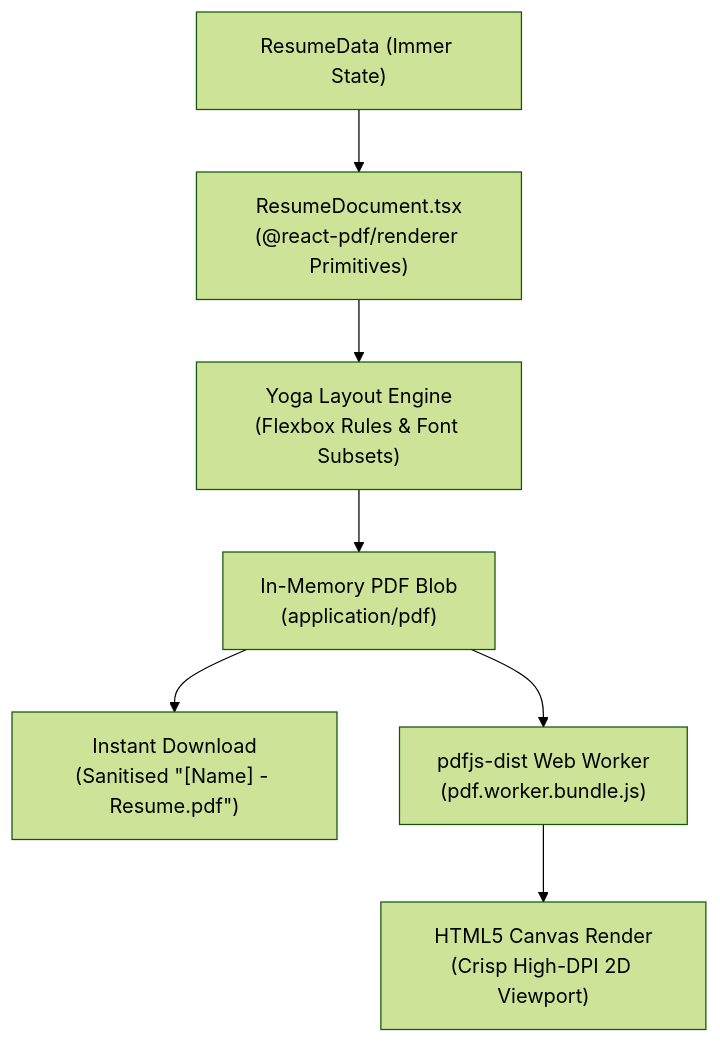
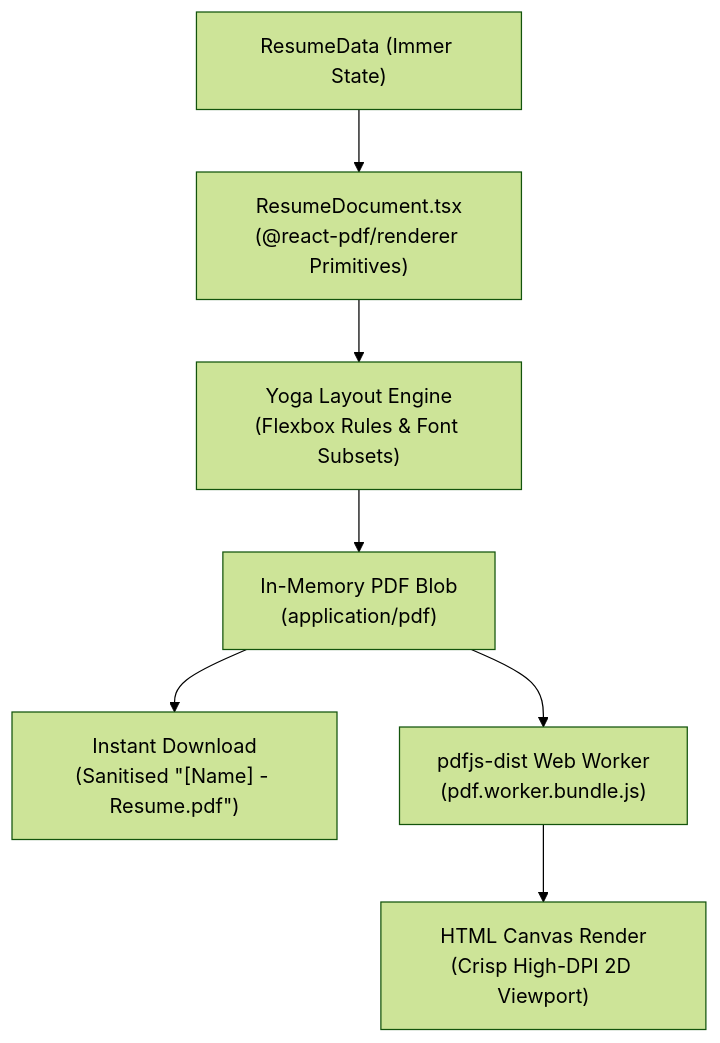
Before and after one commit to fiftythanks/resume-constructor: the diagram in docs/src/content/docs/guides/preview-rendering.md, drawn with Mermaid (forest theme). The commit also changed other lines of this file and 4 other files, not shown here.

````diff
--- a/docs/src/content/docs/guides/preview-rendering.md
+++ b/docs/src/content/docs/guides/preview-rendering.md
@@ -13,10 +13,10 @@
 ```mermaid
 flowchart TD
     State["ResumeData (Immer State)"] --> Document["ResumeDocument.tsx<br/>(@react-pdf/renderer Primitives)"]
     Document --> Engine["Yoga Layout Engine<br/>(Flexbox Rules & Font Subsets)"]
     Engine --> PDFBlob["In-Memory PDF Blob<br/>(application/pdf)"]
 
     PDFBlob --> DownloadLink["Instant Download<br/>(Sanitised #quot;[Name] - Resume.pdf#quot;)"]
     PDFBlob --> PDFWorker["pdfjs-dist Web Worker<br/>(pdf.worker.bundle.js)"]
-    PDFWorker --> CanvasRaster["HTML5 Canvas Render<br/>(Crisp High-DPI 2D Viewport)"]
+    PDFWorker --> CanvasRaster["HTML Canvas Render<br/>(Crisp High-DPI 2D Viewport)"]
 ```
````
